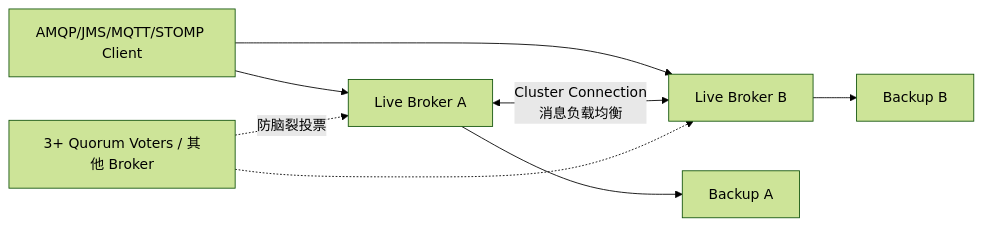
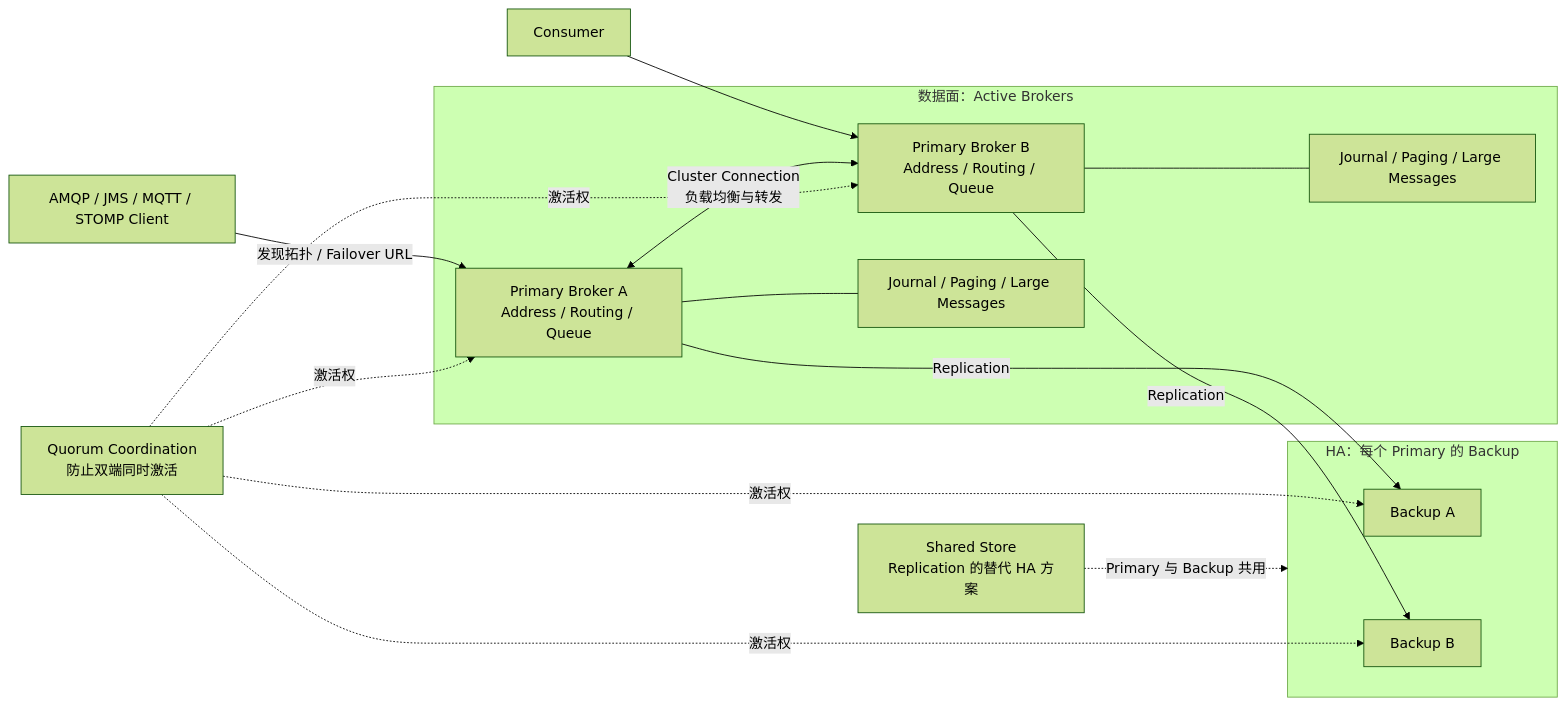
One commit to hotttao/backup changed the diagram in posts/microservices/queue/008_activemq_artemis.md. Above: the diagram before and after it, drawn with Mermaid (forest theme). The commit also changed other lines of this file and 10 other files, not shown here.

````diff
--- a/posts/microservices/queue/008_activemq_artemis.md
+++ b/posts/microservices/queue/008_activemq_artemis.md
@@ -27,10 +27,26 @@
 ```mermaid
 flowchart LR
-    C[AMQP/JMS/MQTT/STOMP Client] --> L1[Live Broker A]
-    C --> L2[Live Broker B]
-    L1 <-->|Cluster Connection\n消息负载均衡| L2
-    L1 --> B1[Backup A]
-    L2 --> B2[Backup B]
-    Q[3+ Quorum Voters / 其他 Broker] -. 防脑裂投票 .-> L1
-    Q -.-> L2
+    P[AMQP / JMS / MQTT / STOMP Client] -->|发现拓扑 / Failover URL| L1
+    C[Consumer] --> L2
+
+    subgraph D[数据面：Active Brokers]
+        L1[Primary Broker A\nAddress / Routing / Queue]
+        L2[Primary Broker B\nAddress / Routing / Queue]
+        L1 <-->|Cluster Connection\n负载均衡与转发| L2
+        L1 --- J1[Journal / Paging / Large Messages]
+        L2 --- J2[Journal / Paging / Large Messages]
+    end
+
+    subgraph H[HA：每个 Primary 的 Backup]
+        B1[Backup A]
+        B2[Backup B]
+        L1 -->|Replication| B1
+        L2 -->|Replication| B2
+    end
+
+    Q[Quorum Coordination\n防止双端同时激活] -. 激活权 .-> L1
+    Q -. 激活权 .-> B1
+    Q -. 激活权 .-> L2
+    Q -. 激活权 .-> B2
+    SS[Shared Store\nReplication 的替代 HA 方案] -. Primary 与 Backup 共用 .-> H
 ```
````
